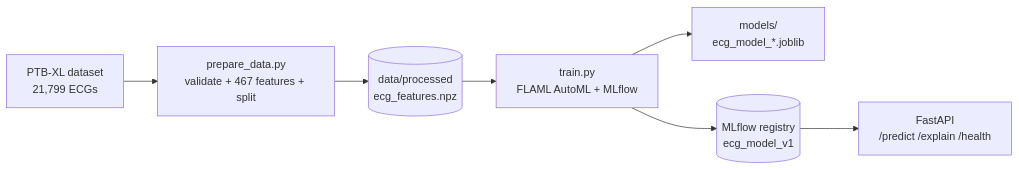
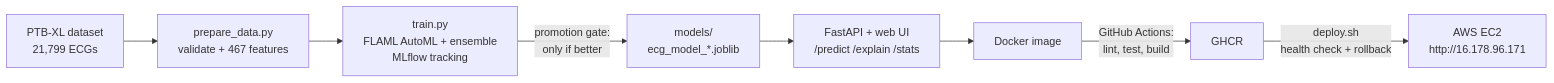
One commit to jawad1569/ECGAnomaly changed the diagram in README.md. Above: the diagram before and after it, drawn with Mermaid. The commit also changed other lines of this file, not shown here.

````diff
--- a/README.md
+++ b/README.md
@@ -41,9 +41,10 @@
 ```mermaid
 flowchart LR
-    A[PTB-XL dataset<br/>21,799 ECGs] --> B[prepare_data.py<br/>validate + 467 features + split]
-    B --> C[(data/processed<br/>ecg_features.npz)]
-    C --> D[train.py<br/>FLAML AutoML + MLflow]
-    D --> E[models/<br/>ecg_model_*.joblib]
-    D --> F[(MLflow registry<br/>ecg_model_v1)]
-    F --> G[FastAPI<br/>/predict /explain /health]
+    A[PTB-XL dataset<br/>21,799 ECGs] --> B[prepare_data.py<br/>validate + 467 features]
+    B --> C[train.py<br/>FLAML AutoML + ensemble<br/>MLflow tracking]
+    C -->|promotion gate:<br/>only if better| D[models/<br/>ecg_model_*.joblib]
+    D --> E[FastAPI + web UI<br/>/predict /explain /stats]
+    E --> F[Docker image]
+    F -->|GitHub Actions:<br/>lint, test, build| G[GHCR]
+    G -->|deploy.sh<br/>health check + rollback| H[AWS EC2<br/>http://16.178.96.171]
 ```
````
